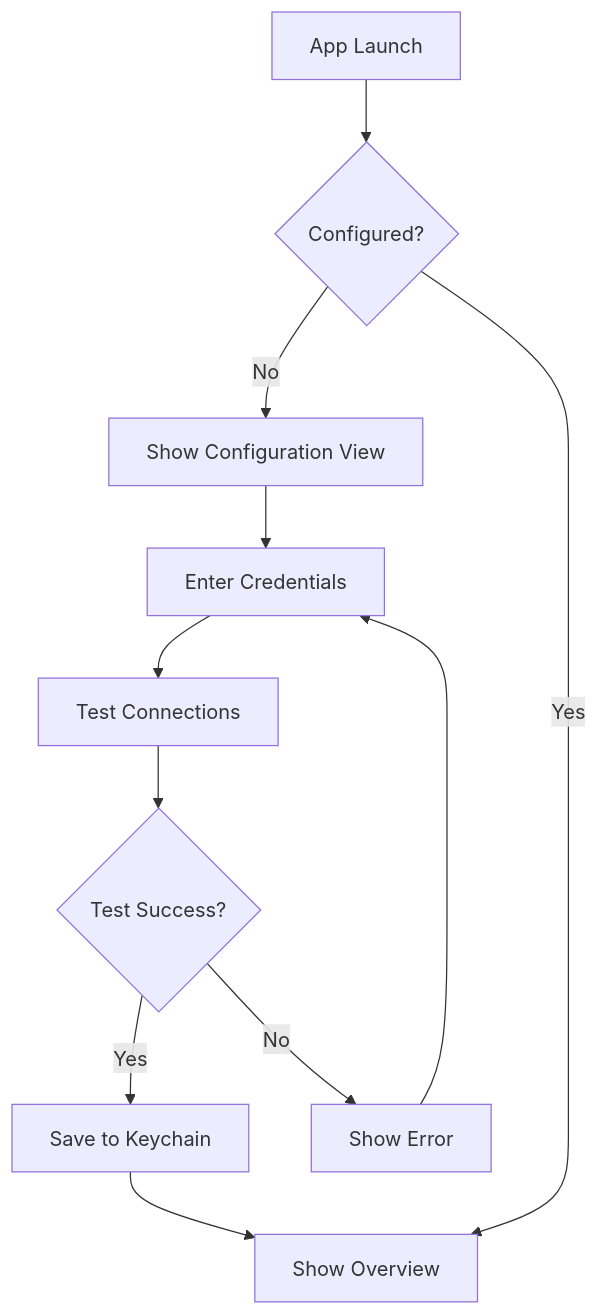
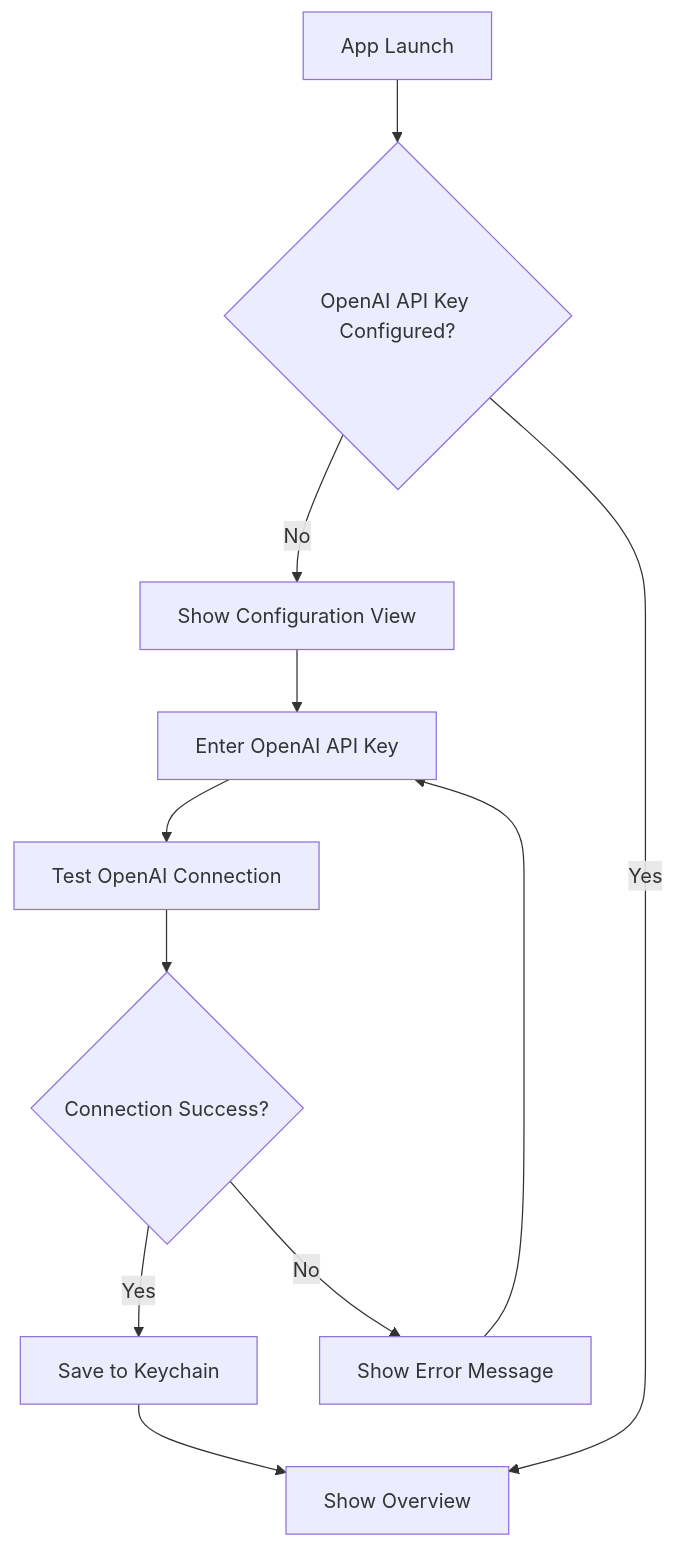
The first of 3 diagrams in DOCUMENTATION.md (arpithpm/expense-manager), drawn with Mermaid before and after one commit. The commit also changed other lines of this file and 9 other files, not shown here.

````diff
--- a/DOCUMENTATION.md
+++ b/DOCUMENTATION.md
@@ -555,13 +469,13 @@
 ```mermaid
 graph TD
-    A[App Launch] --> B{Configured?}
+    A[App Launch] --> B{OpenAI API Key Configured?}
     B -->|No| C[Show Configuration View]
     B -->|Yes| D[Show Overview]
-    C --> E[Enter Credentials]
-    E --> F[Test Connections]
-    F --> G{Test Success?}
+    C --> E[Enter OpenAI API Key]
+    E --> F[Test OpenAI Connection]
+    F --> G{Connection Success?}
     G -->|Yes| H[Save to Keychain]
-    G -->|No| I[Show Error]
+    G -->|No| I[Show Error Message]
     H --> D
     I --> E
 ```
````
